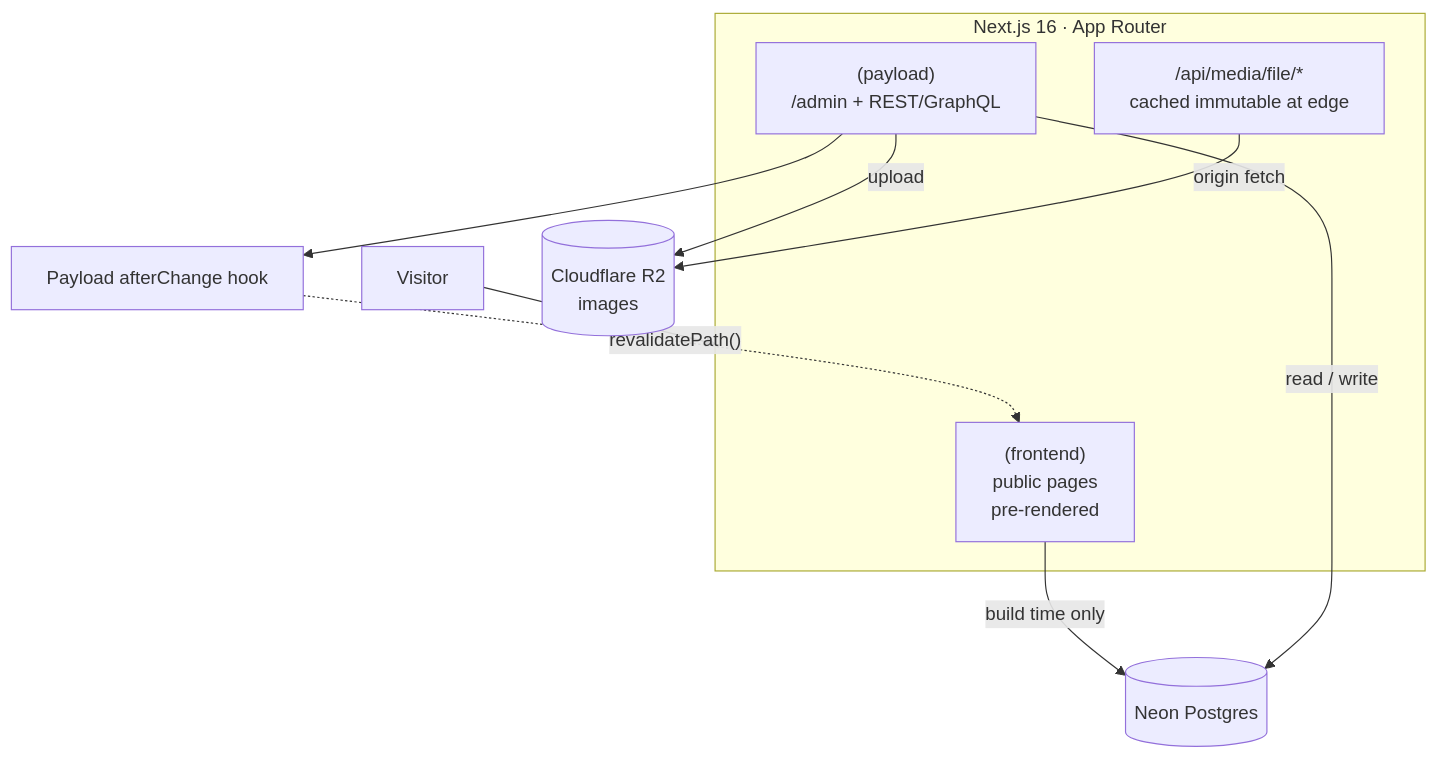
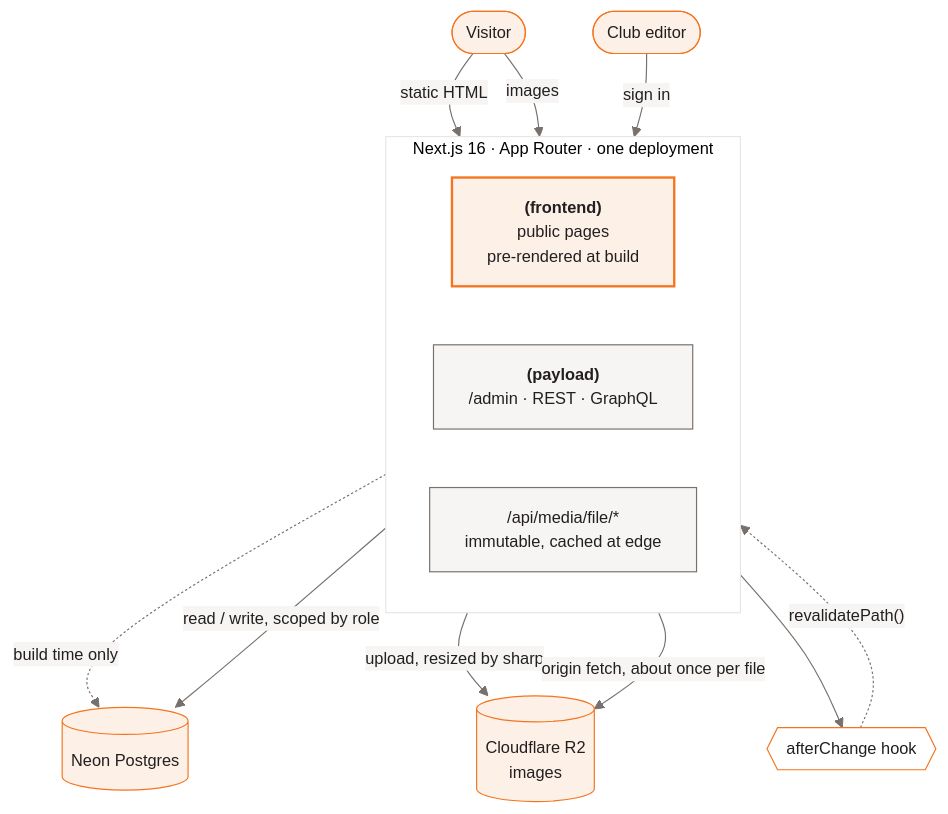
One commit to SMUXplorationCrew/smux-web changed the first of 5 diagrams in README.md. Above: the diagram before and after it, drawn with Mermaid. The commit also changed other lines of this file and 69 other files, not shown here.

First line of the commit message:
Roadmap wave 1: SEO, validation, CMS control, and the club theme fix (#6)

````diff
--- a/README.md
+++ b/README.md
@@ -54,21 +109,34 @@
 ```mermaid
+%%{init: {"theme":"base","themeVariables":{"primaryColor":"#fdf0e7","primaryTextColor":"#231f20","primaryBorderColor":"#f4751f","secondaryColor":"#f7f5f3","tertiaryColor":"#ffffff","lineColor":"#77706c","fontSize":"14px"}}}%%
 flowchart TB
-    V["Visitor"] --> N
+    V(["Visitor"])
+    E(["Club editor"])
 
-    subgraph N["Next.js 16 · App Router"]
-        F["(frontend)<br/>public pages<br/>pre-rendered"]
-        P["(payload)<br/>/admin + REST/GraphQL"]
-        A["/api/media/file/*<br/>cached immutable at edge"]
+    subgraph APP["Next.js 16 · App Router · one deployment"]
+        direction LR
+        F["<b>(frontend)</b><br/>public pages<br/>pre-rendered at build"]
+        P["<b>(payload)</b><br/>/admin · REST · GraphQL"]
+        M["/api/media/file/*<br/>immutable, cached at edge"]
     end
-
-    F -->|"build time only"| DB
-    P -->|"read / write"| DB
-    P -->|"upload"| R2
-    A -->|"origin fetch"| R2
 
     DB[("Neon Postgres")]
     R2[("Cloudflare R2<br/>images")]
+    HOOK{{"afterChange hook"}}
 
-    H["Payload afterChange hook"] -.->|"revalidatePath()"| F
-    P --> H
+    V -->|"static HTML"| F
+    V -->|"images"| M
+    E -->|"sign in"| P
+
+    F -.->|"build time only"| DB
+    P -->|"read / write, scoped by role"| DB
+    P -->|"upload, resized by sharp"| R2
+    M -->|"origin fetch, about once per file"| R2
+
+    P --> HOOK
+    HOOK -.->|"revalidatePath()"| F
+
+    style F fill:#fdf0e7,stroke:#f4751f,stroke-width:2px
+    style P fill:#f7f5f3,stroke:#77706c
+    style M fill:#f7f5f3,stroke:#77706c
+    style HOOK fill:#ffffff,stroke:#f4751f
 ```
````
